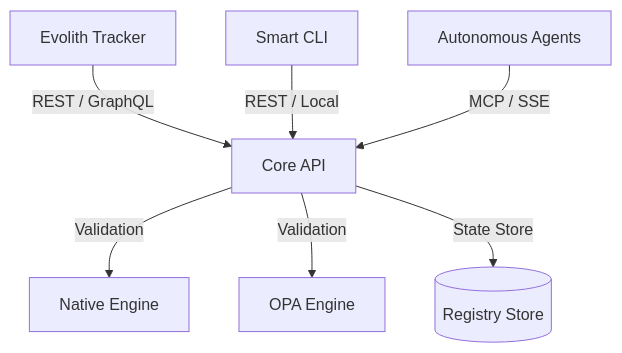
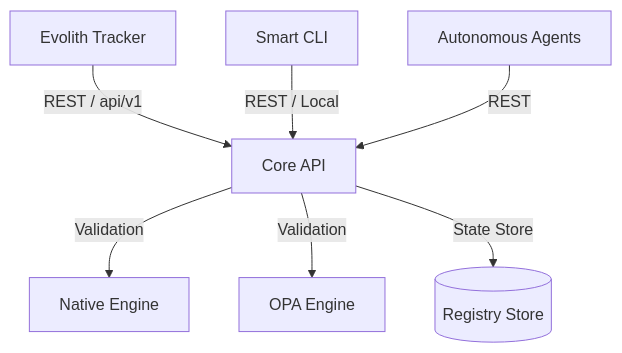
One commit to beyondnetcode/evolith_arch32 changed the diagram in reference/products/core-api/README.es.md. Above: the diagram before and after it, drawn with Mermaid. The commit also changed other lines of this file and 16 other files, not shown here.

````diff
--- a/reference/products/core-api/README.es.md
+++ b/reference/products/core-api/README.es.md
@@ -13,9 +15,9 @@
 ```mermaid
 graph TD
-    T[Evolith Tracker] -->|REST / GraphQL| API[Core API]
+    T[Evolith Tracker] -->|REST / api/v1| API[Core API]
     C[Smart CLI] -->|REST / Local| API
-    A[Autonomous Agents] -->|MCP / SSE| API
+    A[Autonomous Agents] -->|REST| API
     API -->|Validation| NE[Native Engine]
     API -->|Validation| OPA[OPA Engine]
     API -->|State Store| DB[(Registry Store)]
 ```
````
